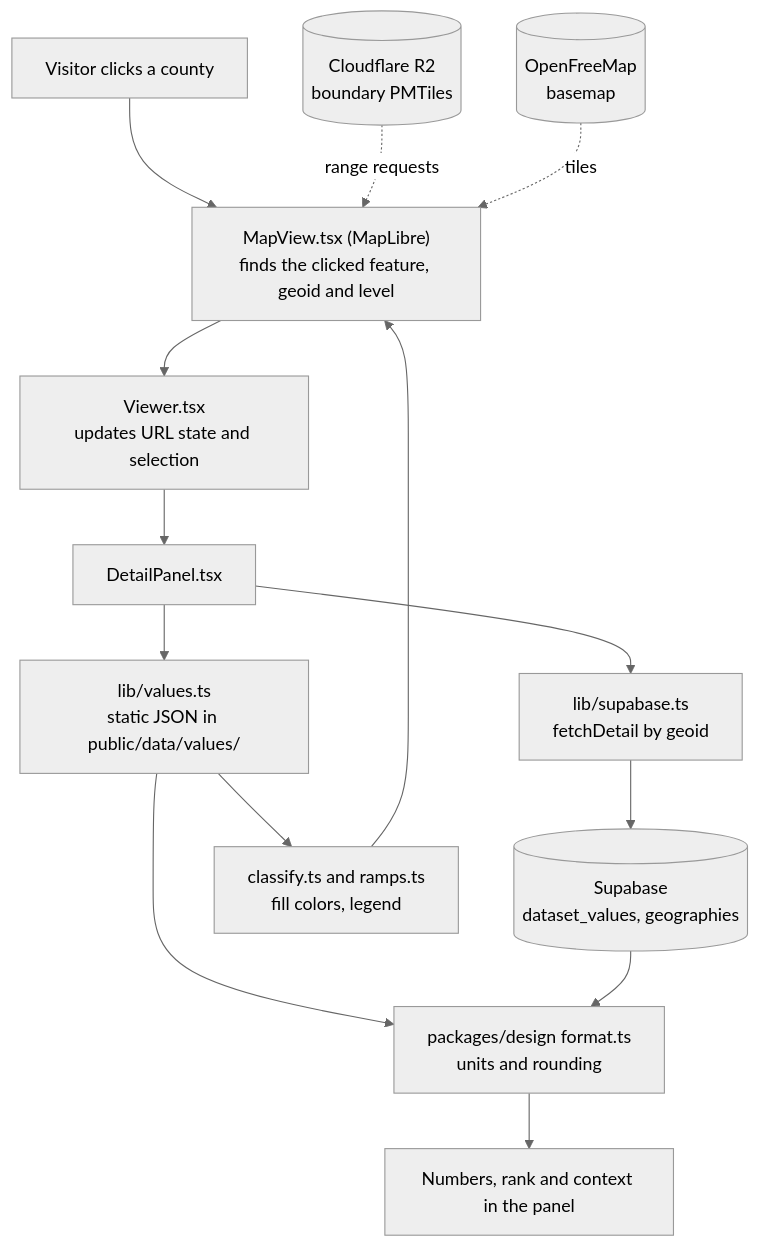
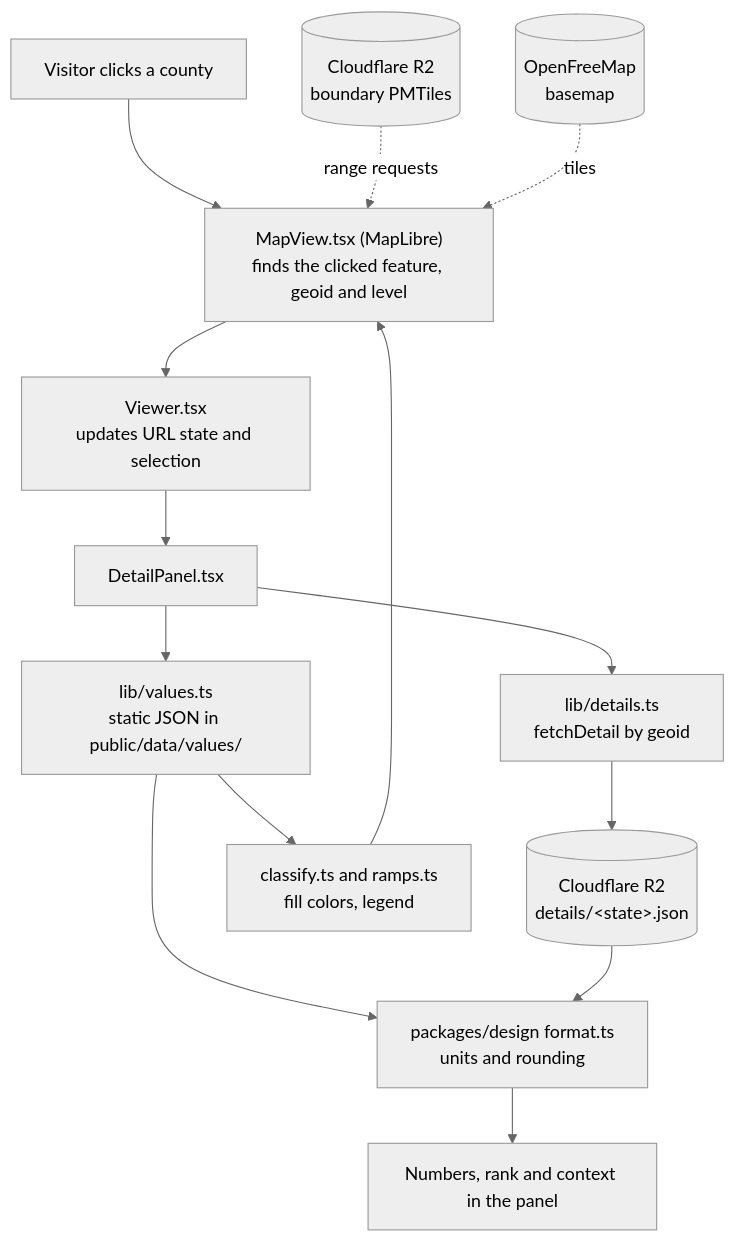
Before and after one commit to robking07/webgis: the diagram in docs/architecture.md, drawn with Mermaid (neutral theme). The commit also changed other lines of this file and 7 other files, not shown here.

````diff
--- a/docs/architecture.md
+++ b/docs/architecture.md
@@ -44,16 +45,16 @@
 ```mermaid
 flowchart TD
   U["Visitor clicks a county"] --> MV["MapView.tsx (MapLibre)<br/>finds the clicked feature, geoid and level"]
   MV --> VW["Viewer.tsx<br/>updates URL state and selection"]
   VW --> DP["DetailPanel.tsx"]
   DP --> V["lib/values.ts<br/>static JSON in public/data/values/"]
-  DP --> SB["lib/supabase.ts<br/>fetchDetail by geoid"]
-  SB --> DB[("Supabase<br/>dataset_values, geographies")]
+  DP --> SB["lib/details.ts<br/>fetchDetail by geoid"]
+  SB --> DB[("Cloudflare R2<br/>details/&lt;state&gt;.json")]
   V --> FMT["packages/design format.ts<br/>units and rounding"]
   DB --> FMT
   FMT --> OUT["Numbers, rank and context in the panel"]
   R2[("Cloudflare R2<br/>boundary PMTiles")] -. "range requests" .-> MV
   OFM[("OpenFreeMap<br/>basemap")] -. "tiles" .-> MV
   V --> DS["classify.ts and ramps.ts<br/>fill colors, legend"]
   DS --> MV
 ```
````
